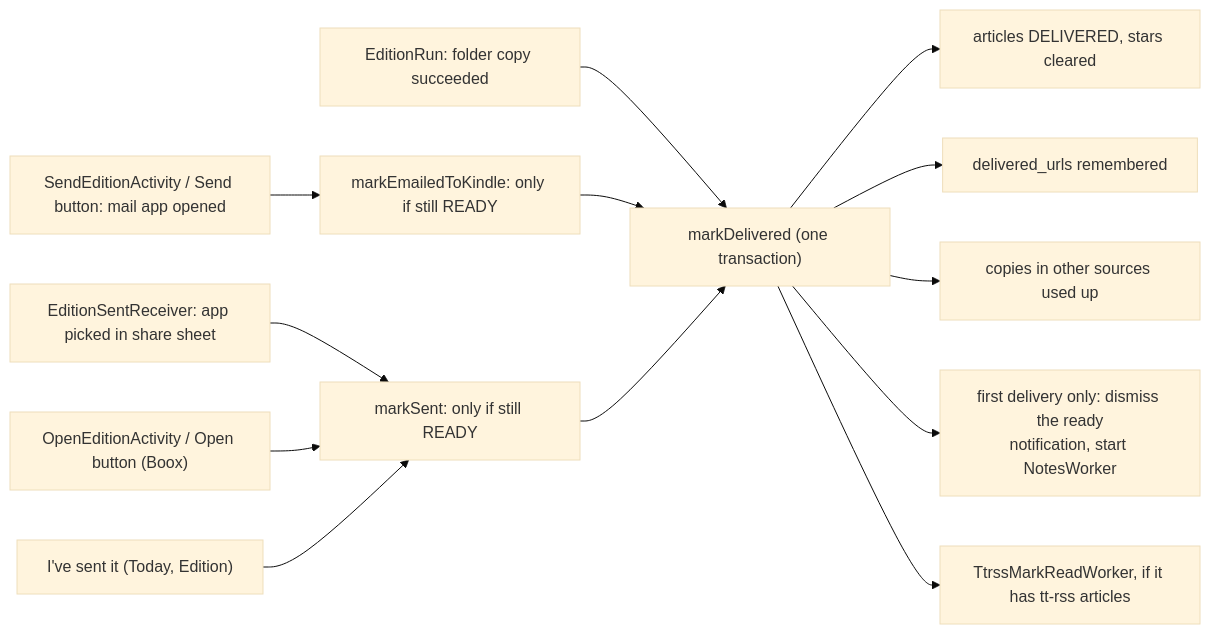
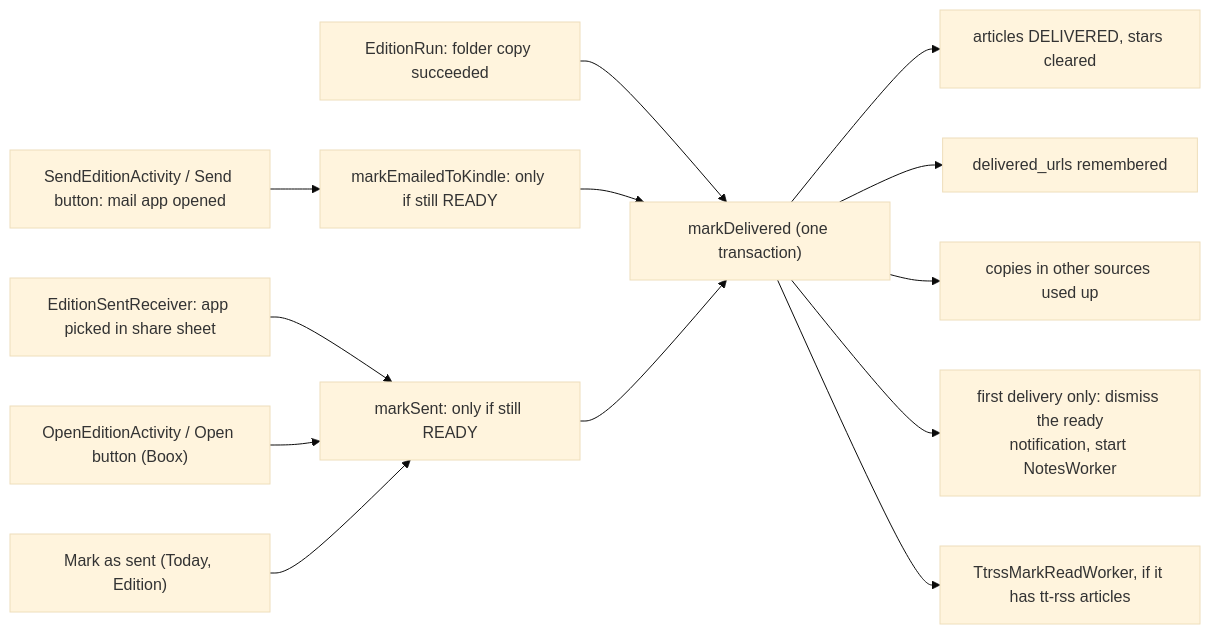
One commit to madCode/newspaperss changed the fourth of 7 diagrams in docs/ARCHITECTURE.md. Above: the diagram before and after it, drawn with Mermaid (base theme). The commit also changed other lines of this file and 25 other files, not shown here.

````diff
--- a/docs/ARCHITECTURE.md
+++ b/docs/ARCHITECTURE.md
@@ -199,16 +199,16 @@
 ```mermaid
 flowchart LR
     folder["EditionRun: folder copy succeeded"] --> md
     share["EditionSentReceiver: app picked in share sheet"] --> ms
     open["OpenEditionActivity / Open button (Boox)"] --> ms
     email["SendEditionActivity / Send button: mail app opened"] --> me
     me["markEmailedToKindle: only if still READY"] --> md
-    sent["I've sent it (Today, Edition)"] --> ms
+    sent["Mark as sent (Today, Edition)"] --> ms
     ms["markSent: only if still READY"] --> md
     md["markDelivered (one transaction)"]
     md --> arts["articles DELIVERED, stars cleared"]
     md --> urls["delivered_urls remembered"]
     md --> copies["copies in other sources used up"]
     md --> first["first delivery only: dismiss the ready<br/>notification, start NotesWorker"]
     md --> ttrss["TtrssMarkReadWorker, if it has tt-rss articles"]
 ```
````
